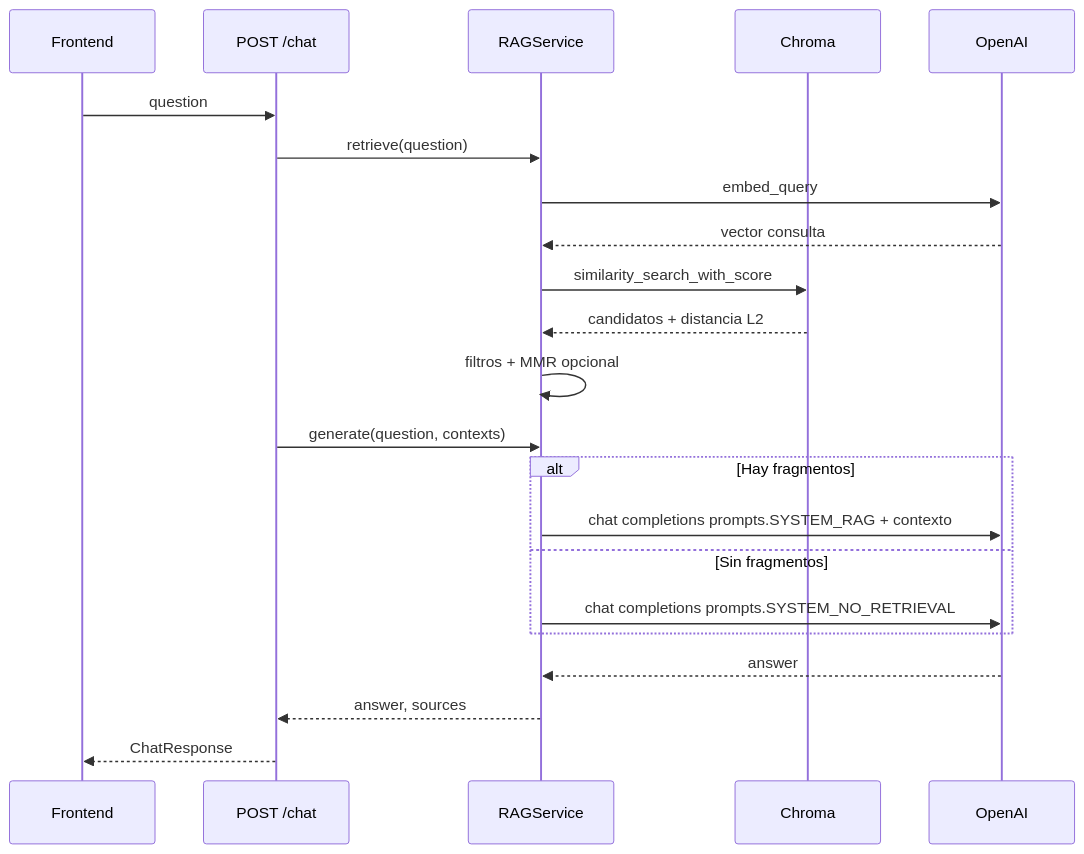
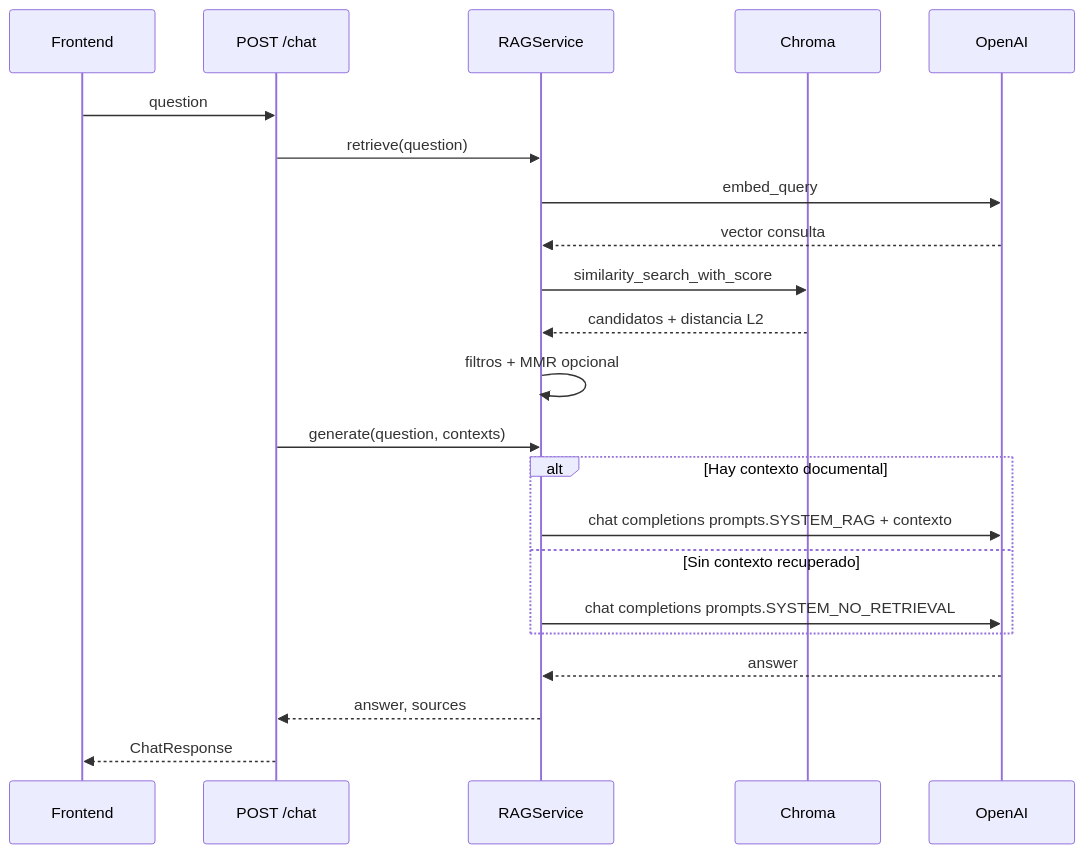
One commit to godie007/rag-chroma changed the fifth of 7 diagrams in docs/ARQUITECTURA.md. Above: the diagram before and after it, drawn with Mermaid. The commit also changed other lines of this file and 10 other files, not shown here.

````diff
--- a/docs/ARQUITECTURA.md
+++ b/docs/ARQUITECTURA.md
@@ -130,25 +174,25 @@
 ```mermaid
 sequenceDiagram
     participant UI as Frontend
     participant API as POST /chat
     participant RS as RAGService
     participant CH as Chroma
     participant OAI as OpenAI
 
     UI->>API: question
     API->>RS: retrieve(question)
     RS->>OAI: embed_query
     OAI-->>RS: vector consulta
     RS->>CH: similarity_search_with_score
     CH-->>RS: candidatos + distancia L2
     RS->>RS: filtros + MMR opcional
     API->>RS: generate(question, contexts)
-    alt Hay fragmentos
+    alt Hay contexto documental
         RS->>OAI: chat completions prompts.SYSTEM_RAG + contexto
-    else Sin fragmentos
+    else Sin contexto recuperado
         RS->>OAI: chat completions prompts.SYSTEM_NO_RETRIEVAL
     end
     OAI-->>RS: answer
     RS-->>API: answer, sources
     API-->>UI: ChatResponse
 ```
````
